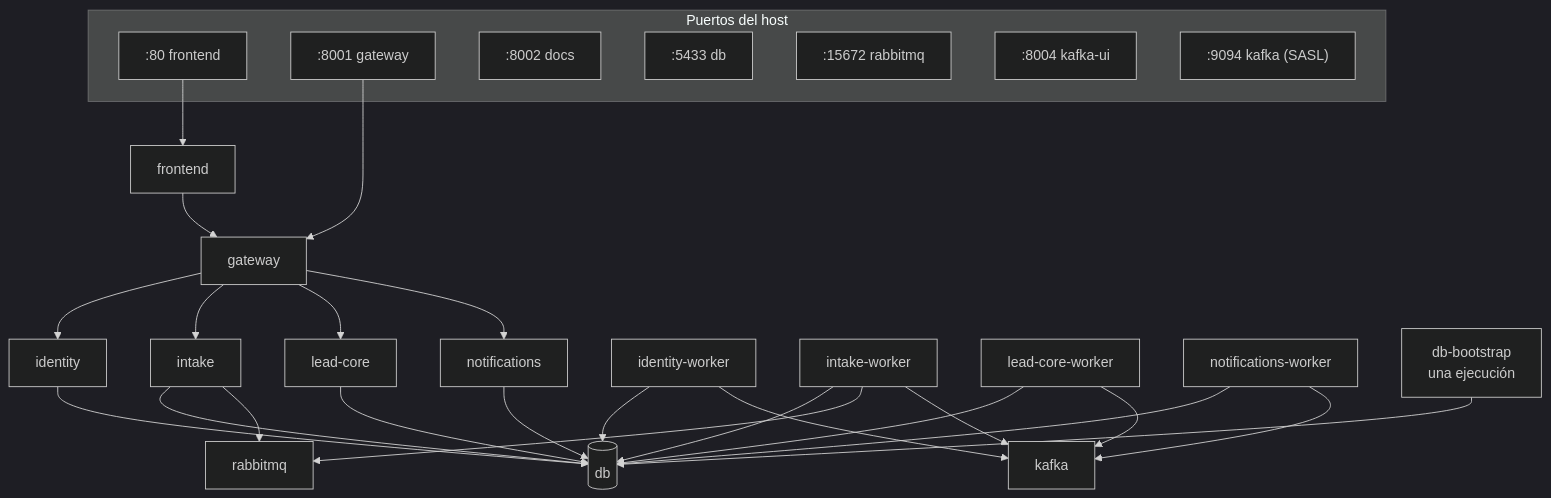
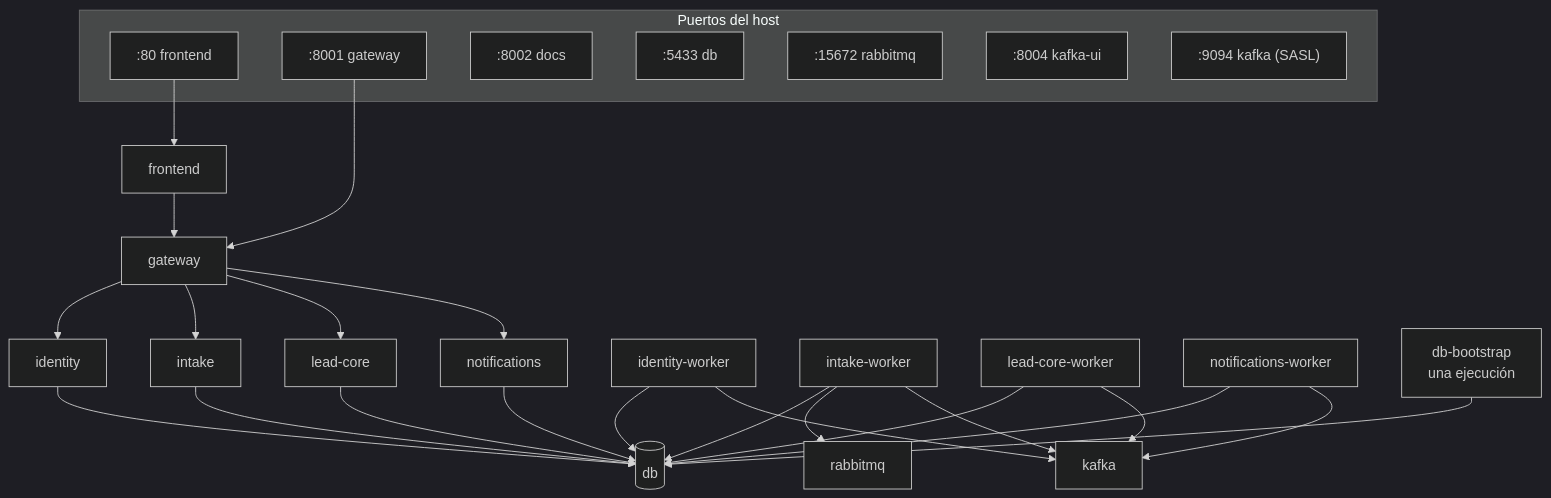
Before and after one commit to MDCIrony/leads-hexa: the diagram in docs/content/microservices/05-despliegue-local.md, drawn with Mermaid (dark theme). The commit also changed other lines of this file and 33 other files, not shown here.

````diff
--- a/docs/content/microservices/05-despliegue-local.md
+++ b/docs/content/microservices/05-despliegue-local.md
@@ -9,30 +9,30 @@
 ```mermaid
 flowchart TB
     subgraph host["Puertos del host"]
         P80[":80 frontend"]
         P8001[":8001 gateway"]
         P8002[":8002 docs"]
         P5433[":5433 db"]
         P15672[":15672 rabbitmq"]
         P8004[":8004 kafka-ui"]
         P9094[":9094 kafka (SASL)"]
     end
 
     P80 --> FE["frontend"]
     FE --> GW["gateway"]
     P8001 --> GW
     GW --> ID["identity"]
     GW --> IN["intake"]
     GW --> LC["lead-core"]
     GW --> NO["notifications"]
 
     IDW["identity-worker"]
     INW["intake-worker"]
     LCW["lead-core-worker"]
     NOW["notifications-worker"]
 
     ID & IDW & IN & INW & LC & LCW & NO & NOW --> DB[("db")]
     BOOT["db-bootstrap<br/>una ejecución"] --> DB
-    IN & INW --> RMQ["rabbitmq"]
+    INW --> RMQ["rabbitmq"]
     IDW & INW & LCW & NOW --> K["kafka"]
 ```
````
